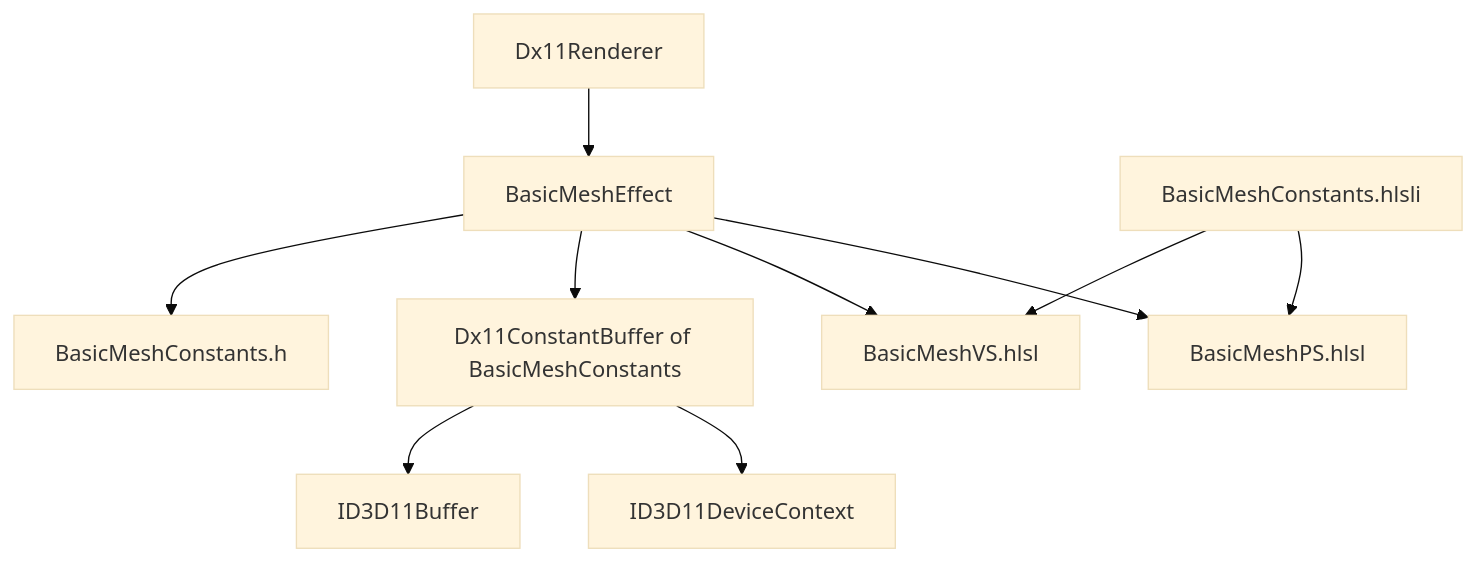
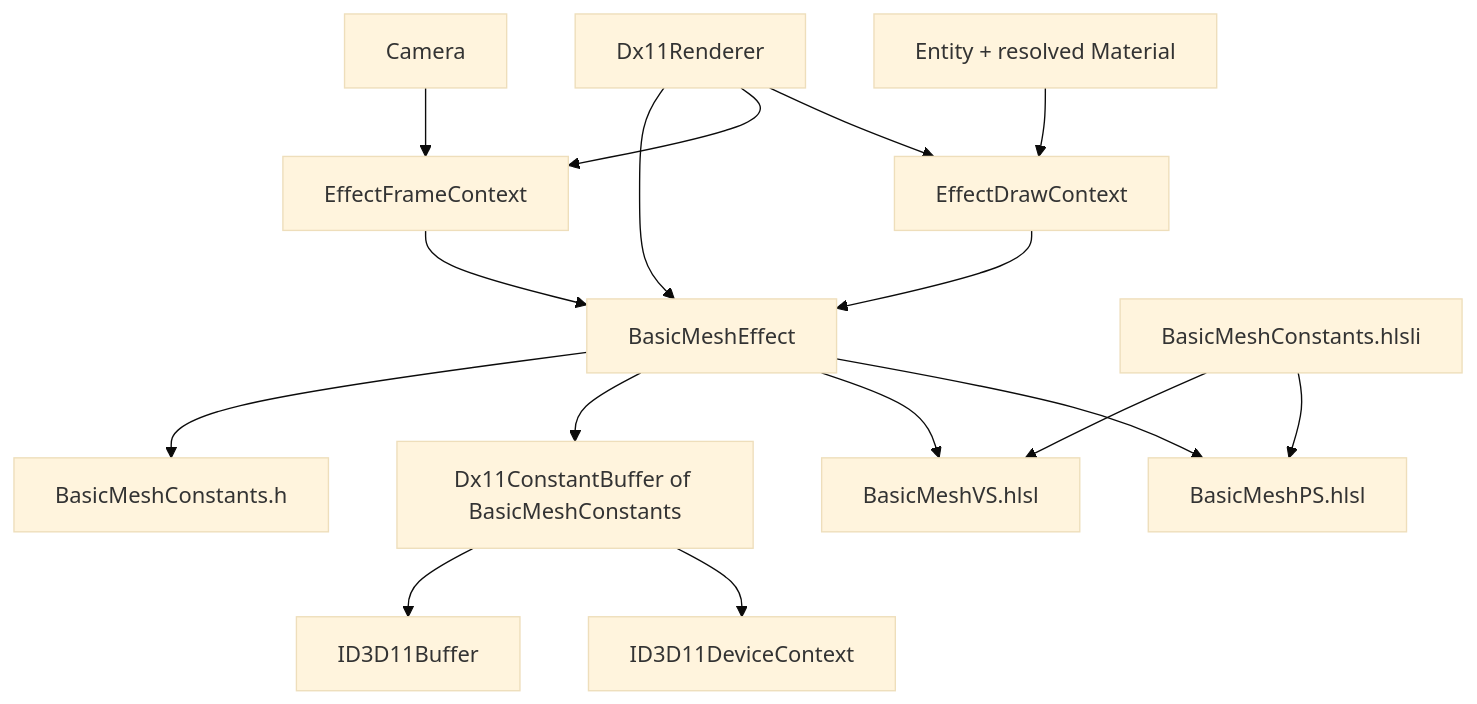
The third of 3 diagrams in docs/architecture.md (ELPSYKONGR/LRenderDemo), drawn with Mermaid (base theme) before and after one commit. The commit also changed other lines of this file and 13 other files, not shown here.

````diff
--- a/docs/architecture.md
+++ b/docs/architecture.md
@@ -65,12 +65,18 @@
 ```mermaid
 graph TD
     Renderer[Dx11Renderer] --> Effect[BasicMeshEffect]
+    Camera[Camera] --> Frame[EffectFrameContext]
+    Entity[Entity + resolved Material] --> Draw[EffectDrawContext]
+    Renderer --> Frame
+    Renderer --> Draw
+    Frame --> Effect
+    Draw --> Effect
     Effect --> CpuLayout[BasicMeshConstants.h]
     Effect --> Buffer[Dx11ConstantBuffer of BasicMeshConstants]
     Buffer --> D3DBuffer[ID3D11Buffer]
     Buffer --> Context[ID3D11DeviceContext]
     HlslLayout[BasicMeshConstants.hlsli] --> VS[BasicMeshVS.hlsl]
     HlslLayout --> PS[BasicMeshPS.hlsl]
     Effect --> VS
     Effect --> PS
 ```
````
